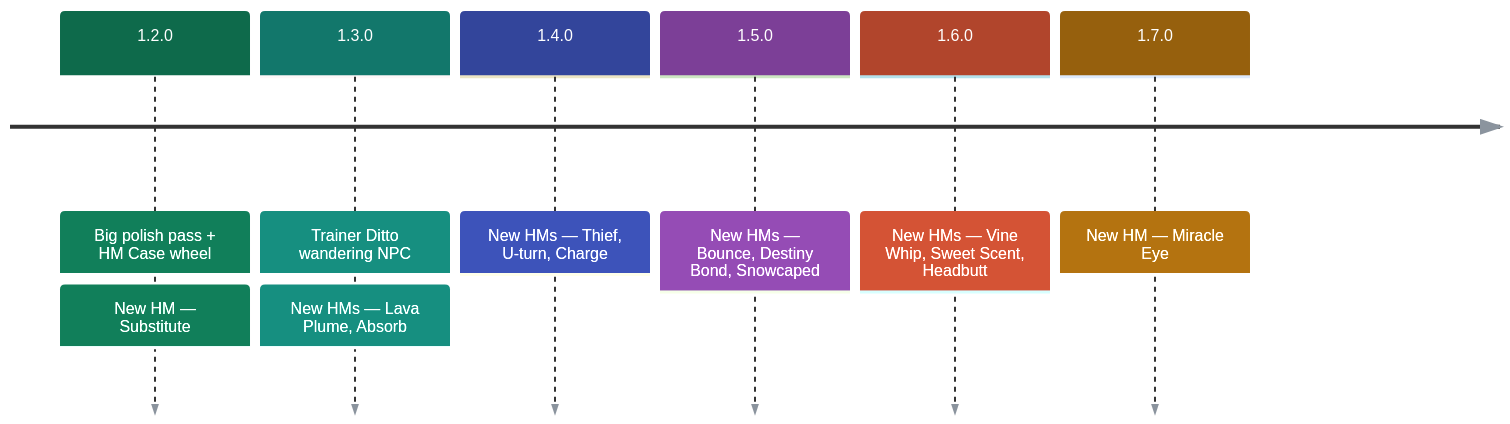
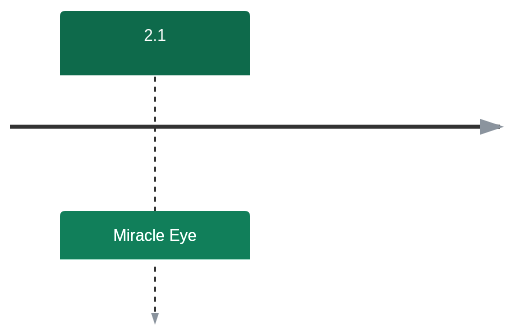
One commit to manucruzleiva/mod-wiki changed the diagram in docs/ditto-hms/roadmap.md. Above: the diagram before and after it, drawn with Mermaid. The commit also changed other lines of this file and 11 other files, not shown here.

First line of the commit message:
docs(ditto-hms): 2.0.1 — la rueda, 47 habilidades y el Trainer Ditto

````diff
--- a/docs/ditto-hms/roadmap.md
+++ b/docs/ditto-hms/roadmap.md
@@ -10,10 +10,5 @@
 ```mermaid
 %%{init:{"theme":"base","themeVariables":{"cScale0":"#0e6a4b","cScaleLabel0":"#ffffff","cScale1":"#12776b","cScaleLabel1":"#ffffff","cScale2":"#33459b","cScaleLabel2":"#ffffff","cScale3":"#7c3f97","cScaleLabel3":"#ffffff","cScale4":"#b1452c","cScaleLabel4":"#ffffff","cScale5":"#96600d","cScaleLabel5":"#ffffff","lineColor":"#8b949e","textColor":"#8b949e"}}}%%
 timeline
-    1.2.0 : Big polish pass + HM Case wheel : New HM — Substitute
-    1.3.0 : Trainer Ditto wandering NPC : New HMs — Lava Plume, Absorb
-    1.4.0 : New HMs — Thief, U-turn, Charge
-    1.5.0 : New HMs — Bounce, Destiny Bond, Snowcaped
-    1.6.0 : New HMs — Vine Whip, Sweet Scent, Headbutt
-    1.7.0 : New HM — Miracle Eye
+    2.1 : Miracle Eye
 ```
````
